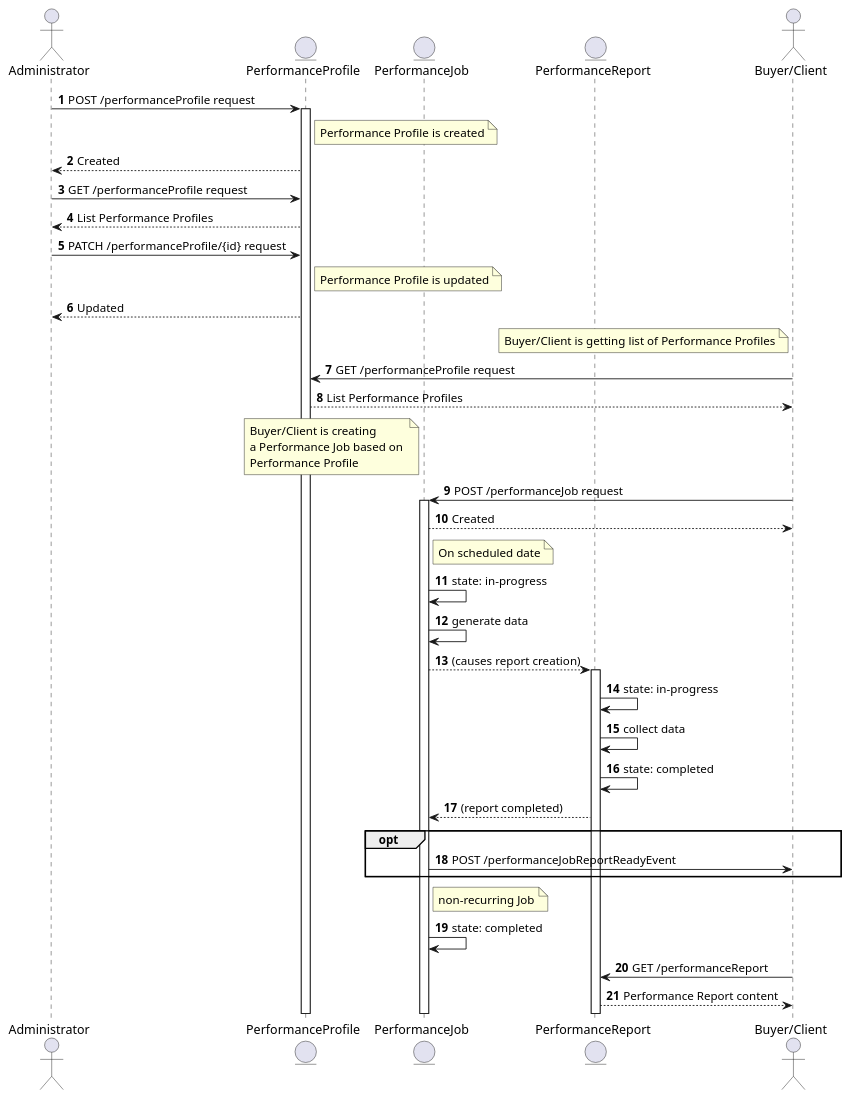
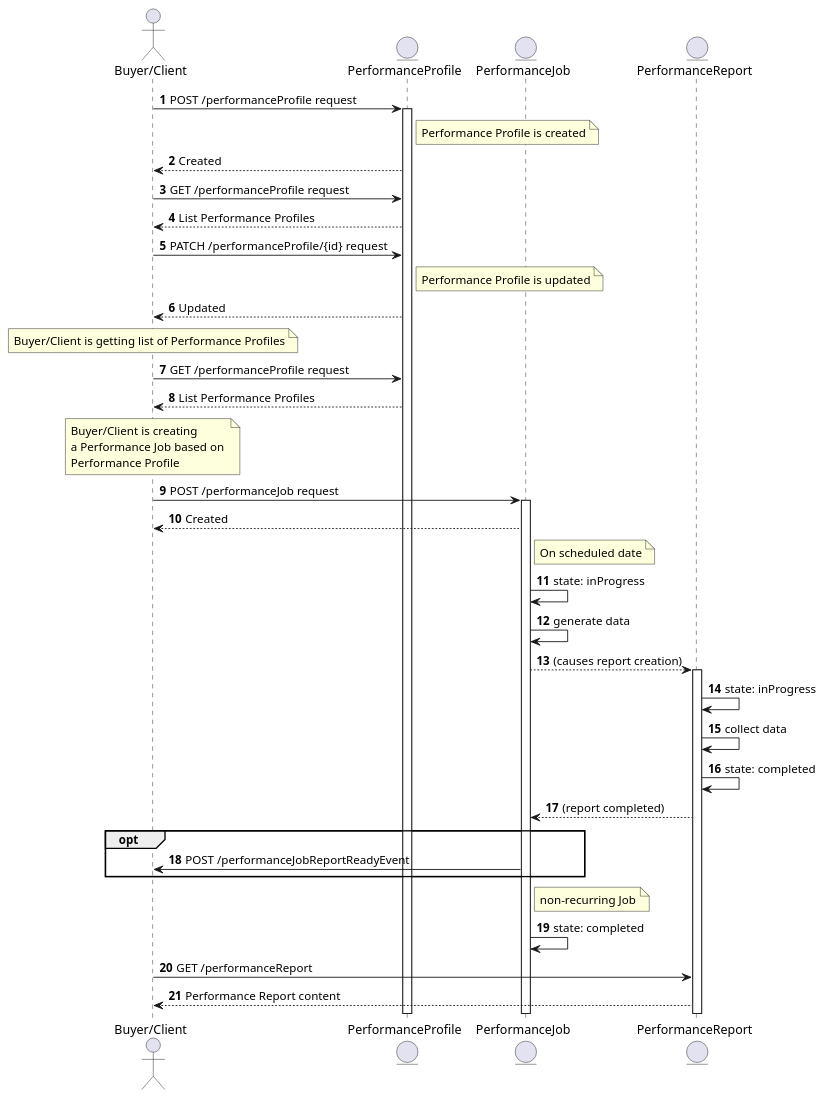
Before and after one commit to MEF-GIT/MEF-LSO-Interlude-SDK: the diagram in documentation/serviceApi/pm/performance/media/src/pmEntities.puml, drawn with PlantUML. The commit also changed 122 other files, not shown here.

```diff
--- a/documentation/serviceApi/pm/performance/media/src/pmEntities.puml
+++ b/documentation/serviceApi/pm/performance/media/src/pmEntities.puml
@@ -1,63 +1,62 @@
 @startuml pmEntities
 autonumber
 
-actor "Administrator" as A
+actor "Buyer/Client" as B
 
 entity PerformanceProfile as PP
 
 entity PerformanceJob as PJ
 entity PerformanceReport as PR
 
-actor "Buyer/Client" as B
 
-A -> PP: POST /performanceProfile request
+B -> PP: POST /performanceProfile request
 activate PP
 note right of PP: Performance Profile is created 
-PP --> A: Created
+PP --> B: Created
 
-A -> PP: GET /performanceProfile request
-PP --> A: List Performance Profiles
+B -> PP: GET /performanceProfile request
+PP --> B: List Performance Profiles
 
-A -> PP: PATCH /performanceProfile/{id} request
+B -> PP: PATCH /performanceProfile/{id} request
 note right of PP: Performance Profile is updated
-PP --> A: Updated
+PP --> B: Updated
 
-note left of B: Buyer/Client is getting list of Performance Profiles
+note over B: Buyer/Client is getting list of Performance Profiles
 B -> PP: GET /performanceProfile request
 
 PP --> B: List Performance Profiles
 
-note left of PJ: Buyer/Client is creating \na Performance Job based on \nPerformance Profile
+note over B: Buyer/Client is creating \na Performance Job based on \nPerformance Profile
 B -> PJ: POST /performanceJob request
 activate PJ
 PJ --> B: Created
 
 note right of PJ: On scheduled date
 
-PJ -> PJ: state: in-progress
+PJ -> PJ: state: inProgress
 
 PJ -> PJ: generate data
 
 PJ --> PR: (causes report creation)
 
 activate PR
 
-PR -> PR: state: in-progress
+PR -> PR: state: inProgress
 
 PR -> PR: collect data
 
 PR -> PR: state: completed
 
 PR --> PJ: (report completed)
 
 opt
     PJ -> B: POST /performanceJobReportReadyEvent
 end
 
 note right of PJ: non-recurring Job
 PJ -> PJ: state: completed
 
 B -> PR: GET /performanceReport
 PR --> B: Performance Report content
 
 @enduml
```
